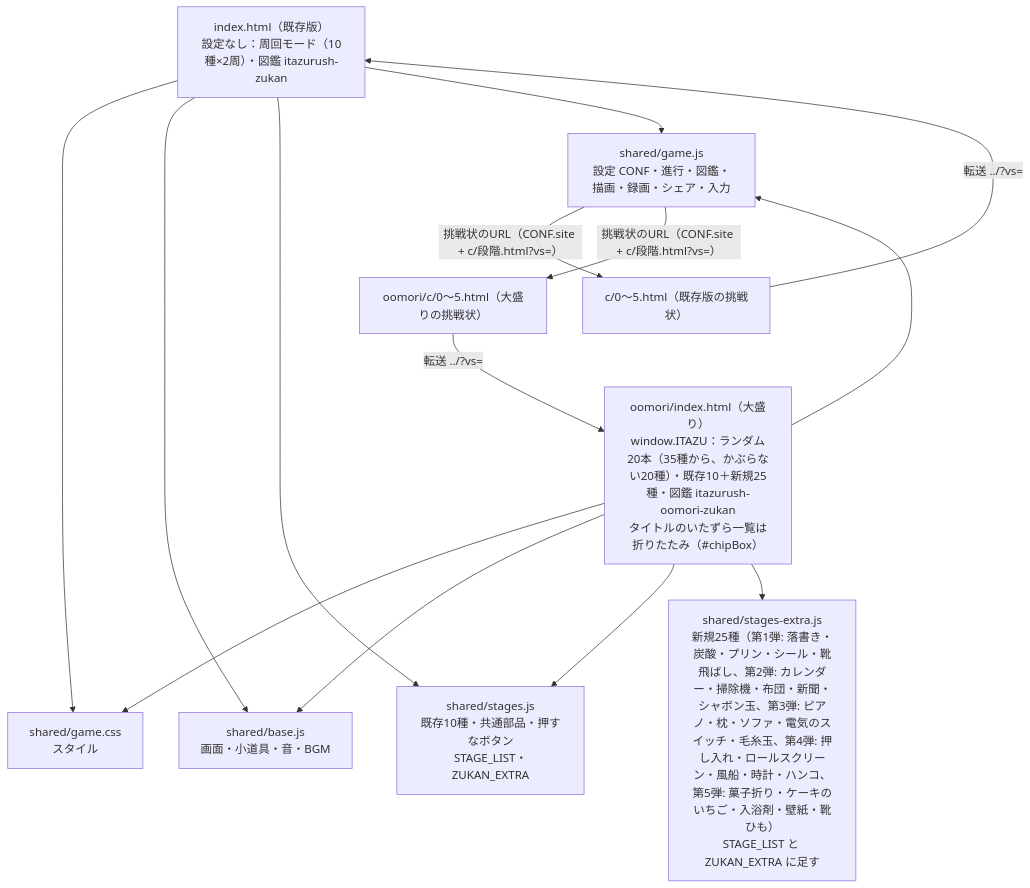
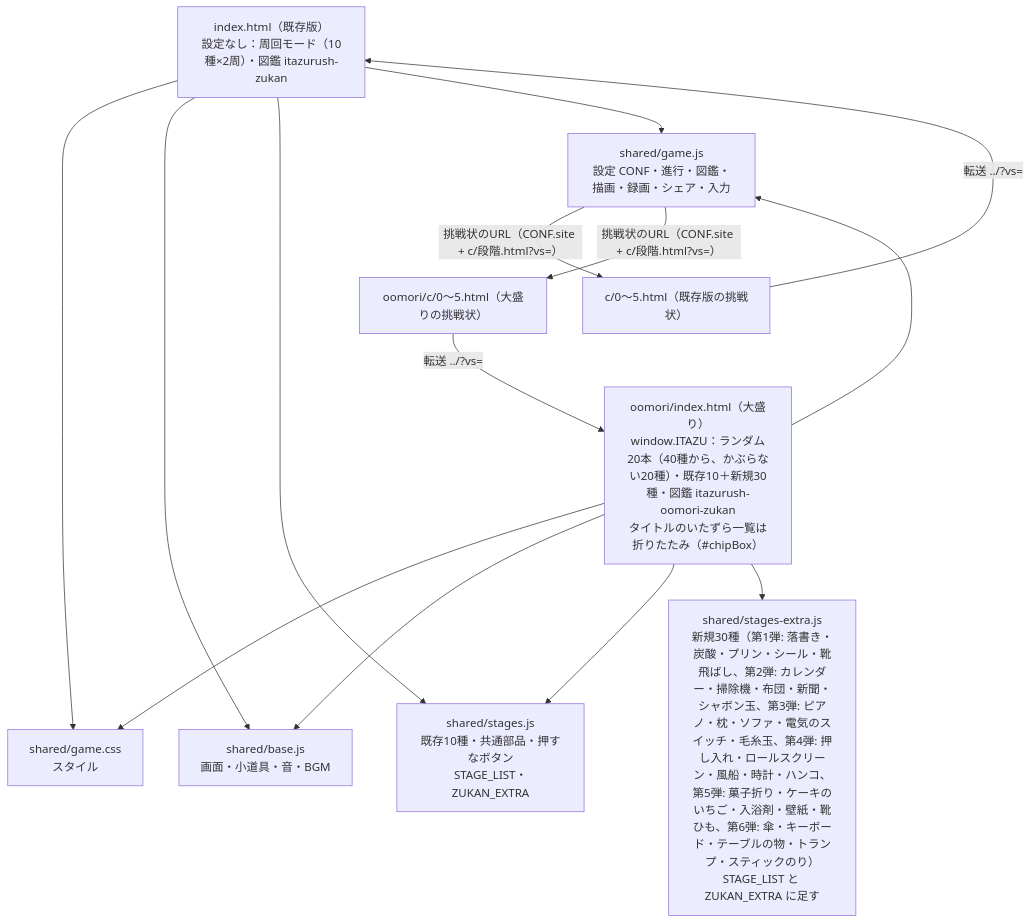
The first of 2 diagrams in docs/architecture.md (sakuichi/itazu-rush), drawn with Mermaid before and after one commit. The commit also changed 10 other files, not shown here.

Commit message:
大盛り！第6弾：傘・キーボード・テーブルの物・トランプ・スティックのりを追加（全40種）

````diff
--- a/docs/architecture.md
+++ b/docs/architecture.md
@@ -10,17 +10,17 @@
 ```mermaid
 flowchart TD
   P1["index.html（既存版）<br>設定なし：周回モード（10種×2周）・図鑑 itazurush-zukan"]
-  P2["oomori/index.html（大盛り）<br>window.ITAZU：ランダム20本（35種から、かぶらない20種）・既存10＋新規25種・図鑑 itazurush-oomori-zukan<br>タイトルのいたずら一覧は折りたたみ（#chipBox）"]
+  P2["oomori/index.html（大盛り）<br>window.ITAZU：ランダム20本（40種から、かぶらない20種）・既存10＋新規30種・図鑑 itazurush-oomori-zukan<br>タイトルのいたずら一覧は折りたたみ（#chipBox）"]
   CSS["shared/game.css<br>スタイル"]
   BASE["shared/base.js<br>画面・小道具・音・BGM"]
   ST["shared/stages.js<br>既存10種・共通部品・押すなボタン<br>STAGE_LIST・ZUKAN_EXTRA"]
-  EX["shared/stages-extra.js<br>新規25種（第1弾: 落書き・炭酸・プリン・シール・靴飛ばし、第2弾: カレンダー・掃除機・布団・新聞・シャボン玉、第3弾: ピアノ・枕・ソファ・電気のスイッチ・毛糸玉、第4弾: 押し入れ・ロールスクリーン・風船・時計・ハンコ、第5弾: 菓子折り・ケーキのいちご・入浴剤・壁紙・靴ひも）<br>STAGE_LIST と ZUKAN_EXTRA に足す"]
+  EX["shared/stages-extra.js<br>新規30種（第1弾: 落書き・炭酸・プリン・シール・靴飛ばし、第2弾: カレンダー・掃除機・布団・新聞・シャボン玉、第3弾: ピアノ・枕・ソファ・電気のスイッチ・毛糸玉、第4弾: 押し入れ・ロールスクリーン・風船・時計・ハンコ、第5弾: 菓子折り・ケーキのいちご・入浴剤・壁紙・靴ひも、第6弾: 傘・キーボード・テーブルの物・トランプ・スティックのり）<br>STAGE_LIST と ZUKAN_EXTRA に足す"]
   GAME["shared/game.js<br>設定 CONF・進行・図鑑・描画・録画・シェア・入力"]
   CH1["c/0〜5.html（既存版の挑戦状）"]
   CH2["oomori/c/0〜5.html（大盛りの挑戦状）"]
   P1 --> CSS & BASE & ST & GAME
   P2 --> CSS & BASE & ST & EX & GAME
   GAME -- "挑戦状のURL（CONF.site + c/段階.html?vs=）" --> CH1 & CH2
   CH1 -- "転送 ../?vs=" --> P1
   CH2 -- "転送 ../?vs=" --> P2
 ```
````
